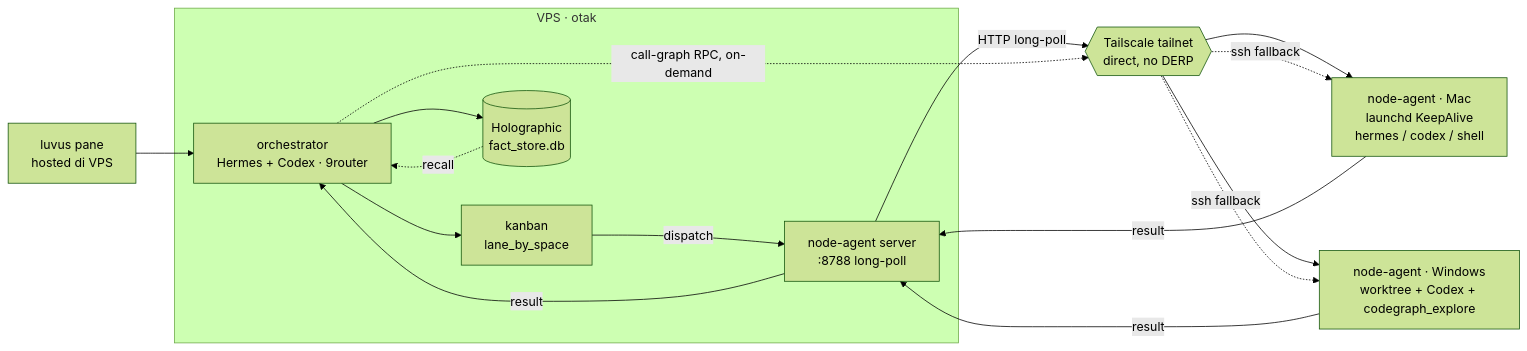
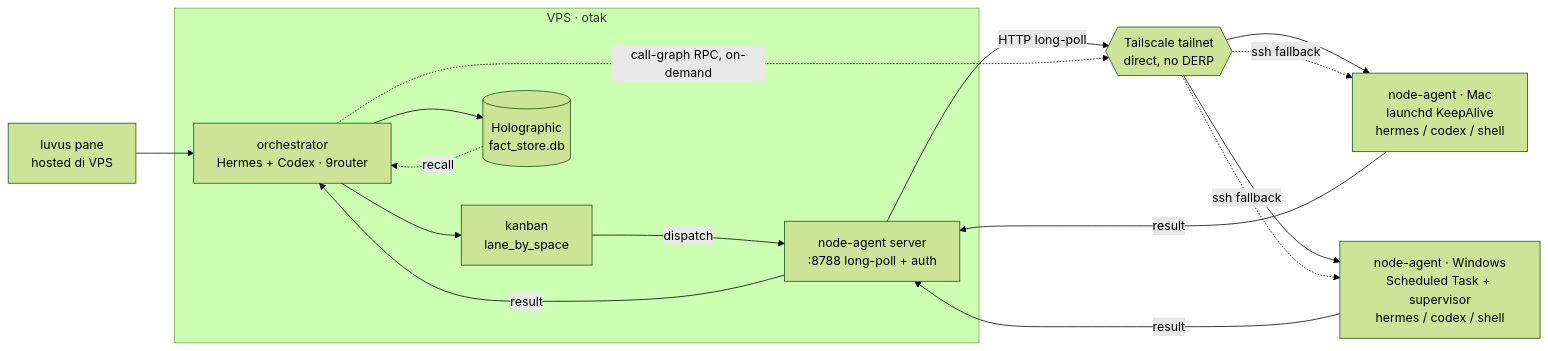
Before and after one commit to adityahimaone/node-agent: the diagram in README.md, drawn with Mermaid (forest theme). The commit also changed other lines of this file and 4 other files, not shown here.

Commit message:
docs: rev 4 — windows install guide, token auth, scrub real tailscale IPs/usernames

````diff
--- a/README.md
+++ b/README.md
@@ -21,28 +22,28 @@
 ```mermaid
 flowchart LR
   subgraph VPS["VPS · otak"]
     O["orchestrator<br/>Hermes + Codex · 9router"]
     K["kanban<br/>lane_by_space"]
     M[("Holographic<br/>fact_store.db")]
-    S["node-agent server<br/>:8788 long-poll"]
+    S["node-agent server<br/>:8788 long-poll + auth"]
   end
   L["luvus pane<br/>hosted di VPS"]
   T{{"Tailscale tailnet<br/>direct, no DERP"}}
   NAmac["node-agent · Mac<br/>launchd KeepAlive<br/>hermes / codex / shell"]
-  NAwin["node-agent · Windows<br/>worktree + Codex + codegraph_explore"]
+  NAwin["node-agent · Windows<br/>Scheduled Task + supervisor<br/>hermes / codex / shell"]
 
   L --> O
   O --> K
   K -- dispatch --> S
   S -- HTTP long-poll --> T
   O -. call-graph RPC, on-demand .-> T
   T --> NAmac
   T --> NAwin
   NAmac -- result --> S
   NAwin -- result --> S
   S -- result --> O
   O --> M
   M -. recall .-> O
   T -. ssh fallback .-> NAmac
   T -. ssh fallback .-> NAwin
 ```
````
